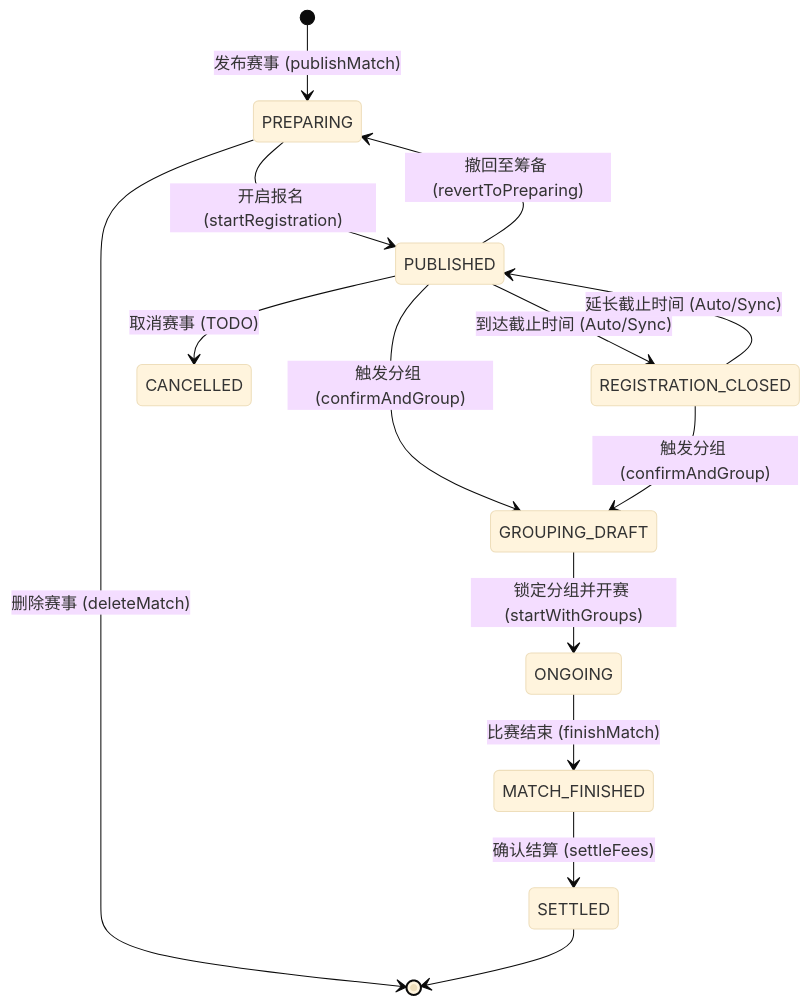
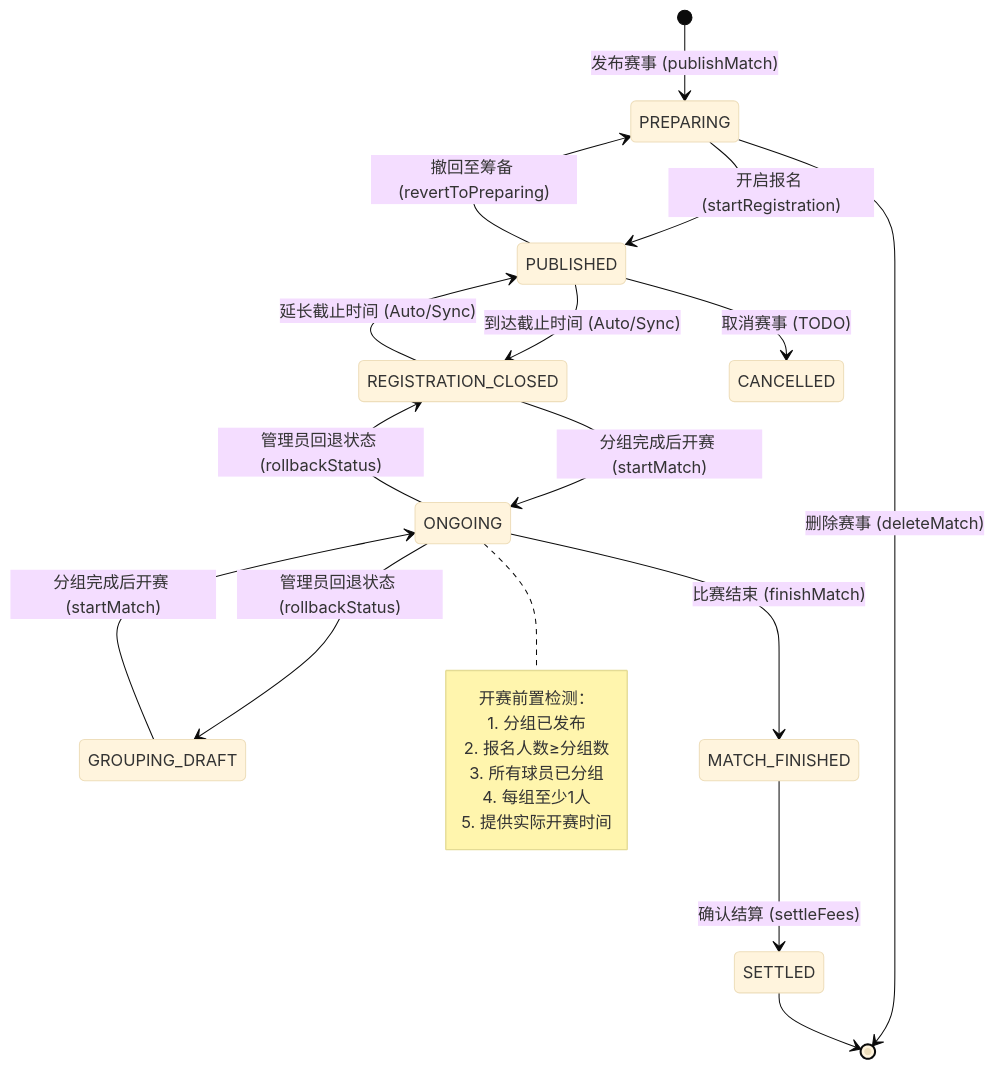
The first of 4 diagrams in docs/WORKFLOW.md (liveForExperience/pitch-master), drawn with Mermaid (base theme) before and after one commit. The commit also changed other lines of this file and 13 other files, not shown here.

````diff
--- a/docs/WORKFLOW.md
+++ b/docs/WORKFLOW.md
@@ -7,20 +7,29 @@
 ```mermaid
 stateDiagram-v2
     [*] --> PREPARING : 发布赛事 (publishMatch)
     PREPARING --> PUBLISHED : 开启报名 (startRegistration)
     PUBLISHED --> PREPARING : 撤回至筹备 (revertToPreparing)
     PREPARING --> [*] : 删除赛事 (deleteMatch)
     
     PUBLISHED --> REGISTRATION_CLOSED : 到达截止时间 (Auto/Sync)
     REGISTRATION_CLOSED --> PUBLISHED : 延长截止时间 (Auto/Sync)
     
     PUBLISHED --> CANCELLED : 取消赛事 (TODO)
     
-    PUBLISHED --> GROUPING_DRAFT : 触发分组 (confirmAndGroup)
-    REGISTRATION_CLOSED --> GROUPING_DRAFT : 触发分组 (confirmAndGroup)
-    
-    GROUPING_DRAFT --> ONGOING : 锁定分组并开赛 (startWithGroups)
+    REGISTRATION_CLOSED --> ONGOING : 分组完成后开赛 (startMatch)
+    GROUPING_DRAFT --> ONGOING : 分组完成后开赛 (startMatch)
+    ONGOING --> REGISTRATION_CLOSED : 管理员回退状态 (rollbackStatus)
+    ONGOING --> GROUPING_DRAFT : 管理员回退状态 (rollbackStatus)
     ONGOING --> MATCH_FINISHED : 比赛结束 (finishMatch)
     MATCH_FINISHED --> SETTLED : 确认结算 (settleFees)
     SETTLED --> [*]
+    
+    note right of ONGOING
+        开赛前置检测：
+        1. 分组已发布
+        2. 报名人数≥分组数
+        3. 所有球员已分组
+        4. 每组至少1人
+        5. 提供实际开赛时间
+    end note
 ```
````
